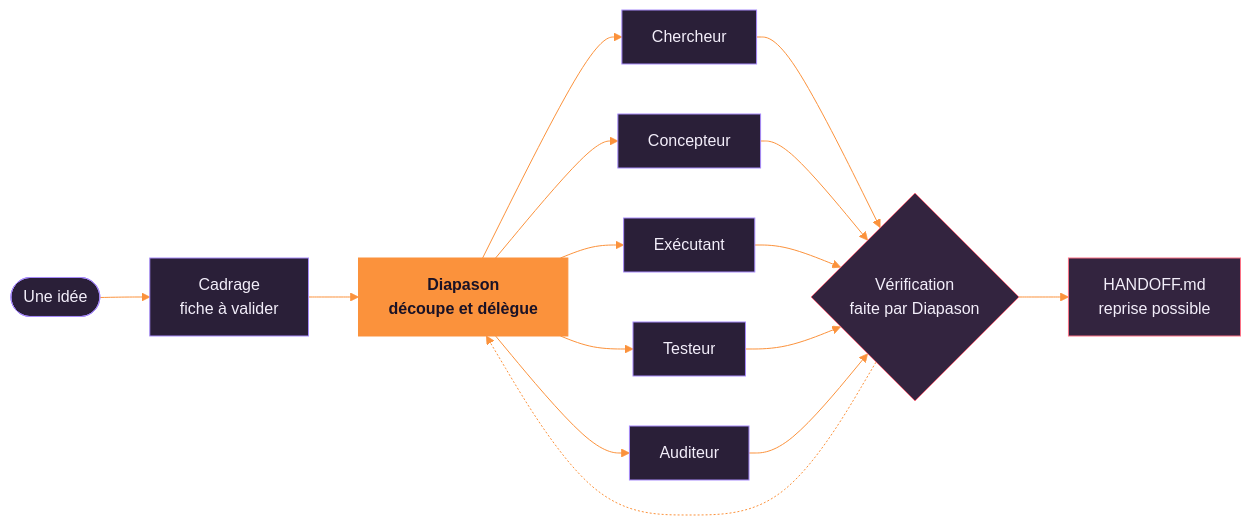
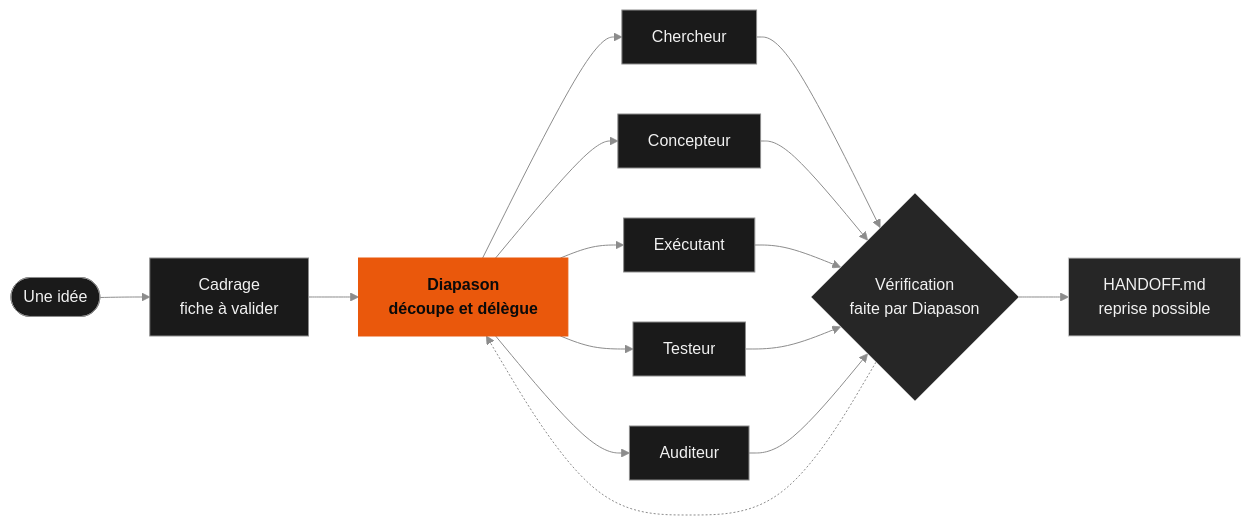
Before and after one commit to MalikChopa/MalikChopa: the diagram in README.md, drawn with Mermaid. The commit also changed other lines of this file and 20 other files, not shown here.

````diff
--- a/README.md
+++ b/README.md
@@ -34,25 +41,25 @@
 ```mermaid
-%%{init: {'theme':'base','themeVariables':{'fontFamily':'ui-sans-serif, system-ui','lineColor':'#fb923c','primaryColor':'#2a1f38','primaryTextColor':'#f3eefa','primaryBorderColor':'#a78bfa'}}}%%
+%%{init: {'theme':'base','themeVariables':{'fontFamily':'ui-sans-serif, system-ui','lineColor':'#8c8c8c','primaryColor':'#1a1a1a','primaryTextColor':'#f2f2f2','primaryBorderColor':'#8c8c8c'}}}%%
 flowchart LR
     A(["Une idée"]) --> B["Cadrage<br/>fiche à valider"]
     B --> C["Diapason<br/>découpe et délègue"]
     C --> D1["Chercheur"]
     C --> D2["Concepteur"]
     C --> D3["Exécutant"]
     C --> D4["Testeur"]
     C --> D5["Auditeur"]
     D1 --> E{"Vérification<br/>faite par Diapason"}
     D2 --> E
     D3 --> E
     D4 --> E
     D5 --> E
     E --> F["HANDOFF.md<br/>reprise possible"]
     E -.-> C
 
-    classDef master fill:#fb923c,stroke:#fb923c,color:#1a1226,font-weight:bold
-    classDef agent fill:#2a1f38,stroke:#a78bfa,color:#f3eefa
-    classDef gate fill:#33243f,stroke:#fb7185,color:#f3eefa
-    class C master
+    classDef lead fill:#ea580c,stroke:#ea580c,color:#0a0a0a,font-weight:bold
+    classDef agent fill:#1a1a1a,stroke:#8c8c8c,color:#f2f2f2
+    classDef gate fill:#262626,stroke:#c4c4c4,color:#f2f2f2
+    class C lead
     class D1,D2,D3,D4,D5 agent
     class E,F gate
 ```
````
